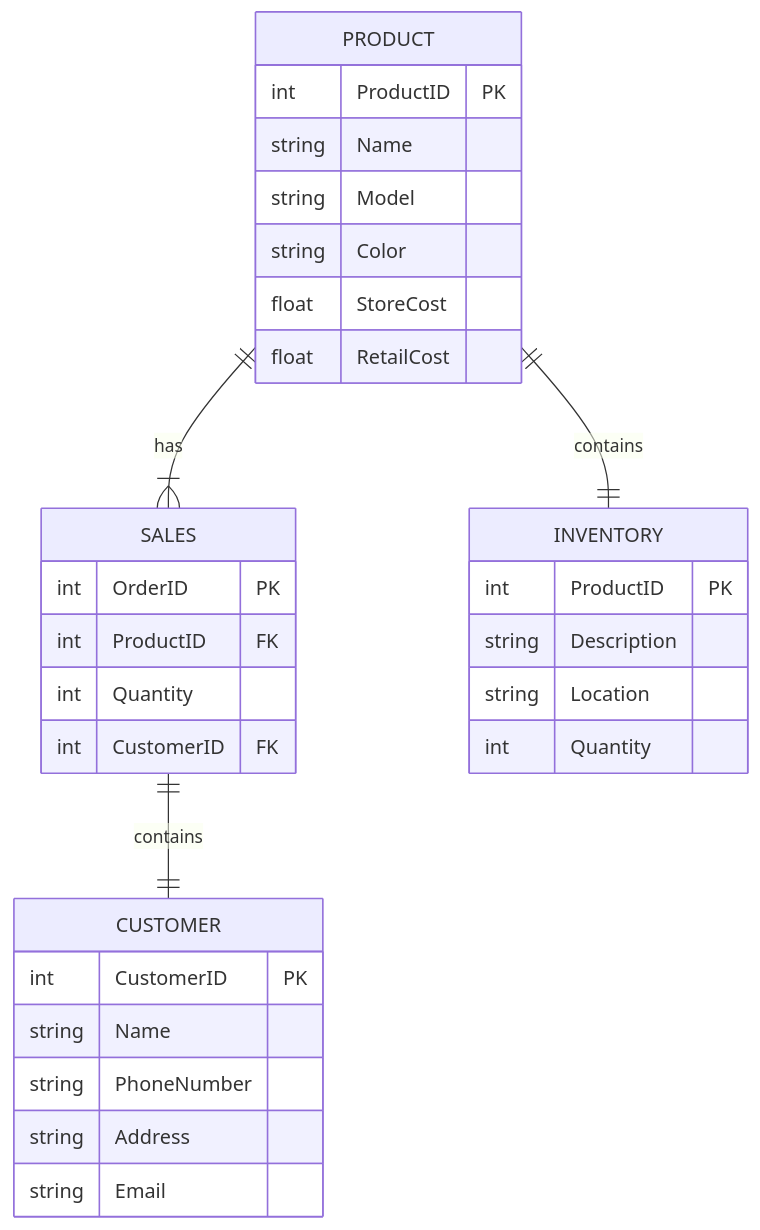
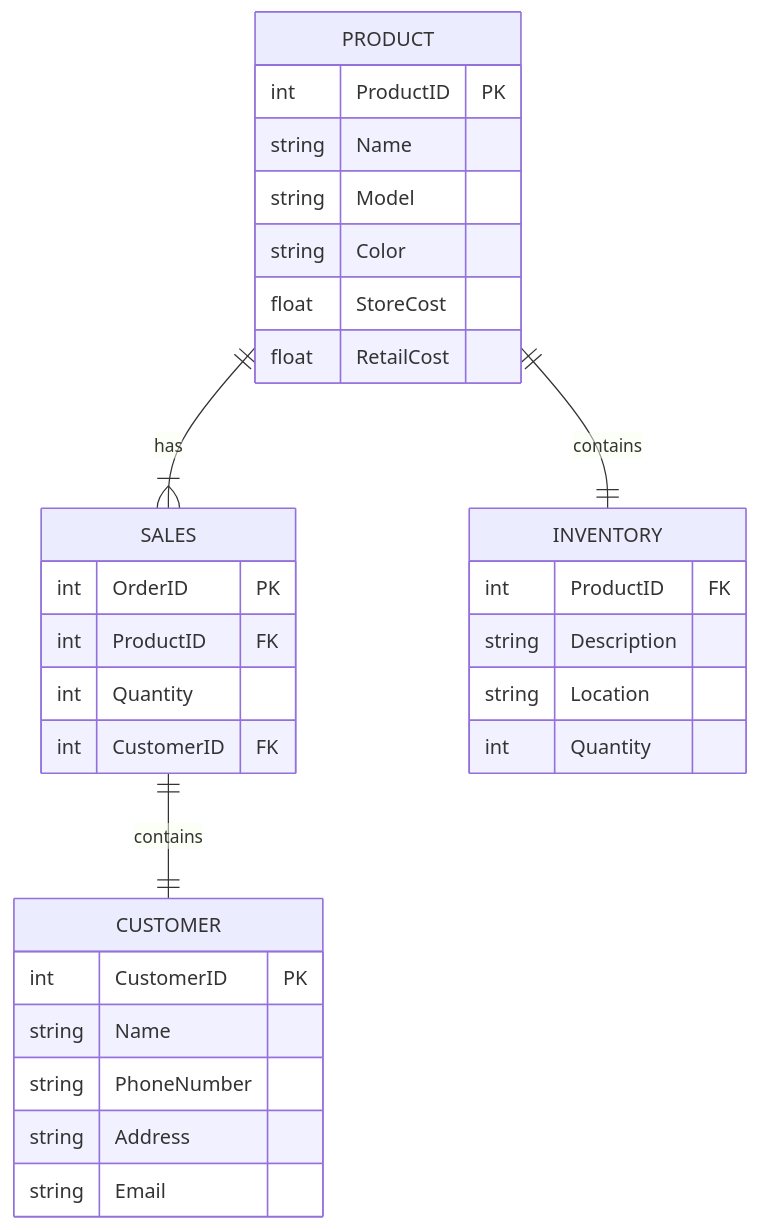
Before and after one commit to JessicaLossmann/JessicaLossmann.github.io: the diagram in NikeStore_ERD.md, drawn with Mermaid. The commit also changed other lines of this file, not shown here.

````diff
--- a/NikeStore_ERD.md
+++ b/NikeStore_ERD.md
@@ -3,34 +3,33 @@
 ```mermaid
 erDiagram
     PRODUCT ||--|{ SALES : has
     PRODUCT {
         int ProductID PK
         string Name
         string Model
         string Color
         float StoreCost
         float RetailCost
     }
     SALES {
         int OrderID PK
         int ProductID FK
         int Quantity
         int CustomerID FK    
    }
     SALES ||--|| CUSTOMER : contains
         CUSTOMER {
         int CustomerID PK
         string Name
         string PhoneNumber
         string Address
         string Email
     }
     PRODUCT ||--|| INVENTORY : contains
     INVENTORY {
-        int ProductID PK
+        int ProductID FK
         string Description
         string Location
         int Quantity
     }
-
 ```
````
